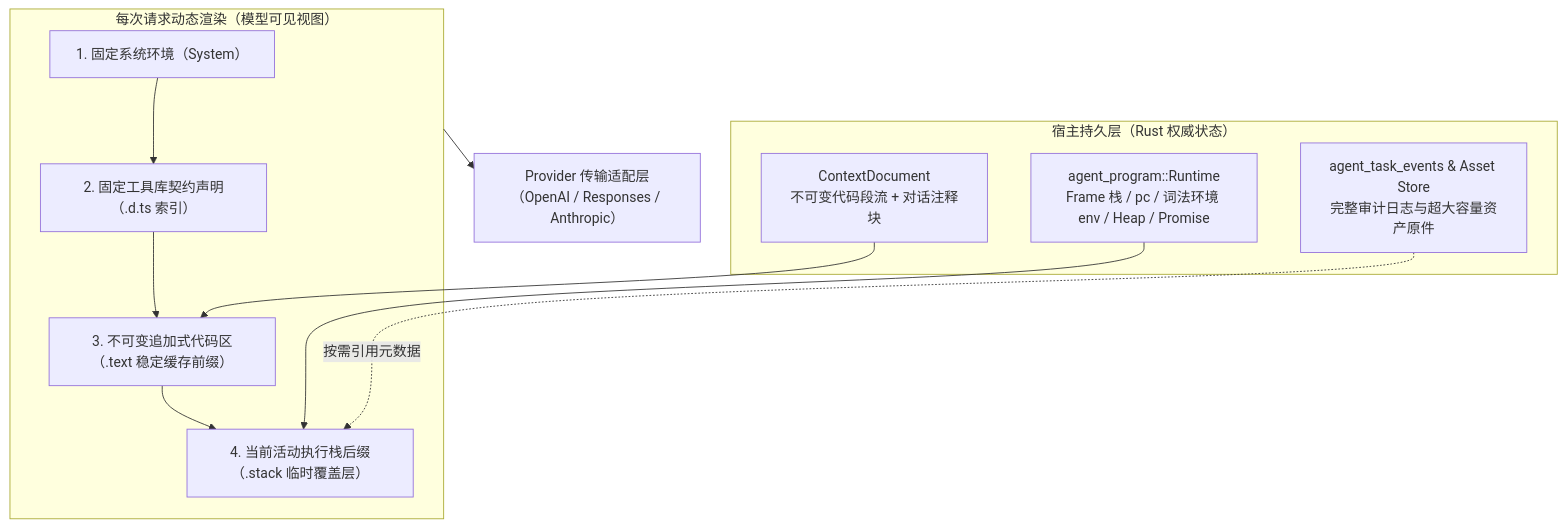
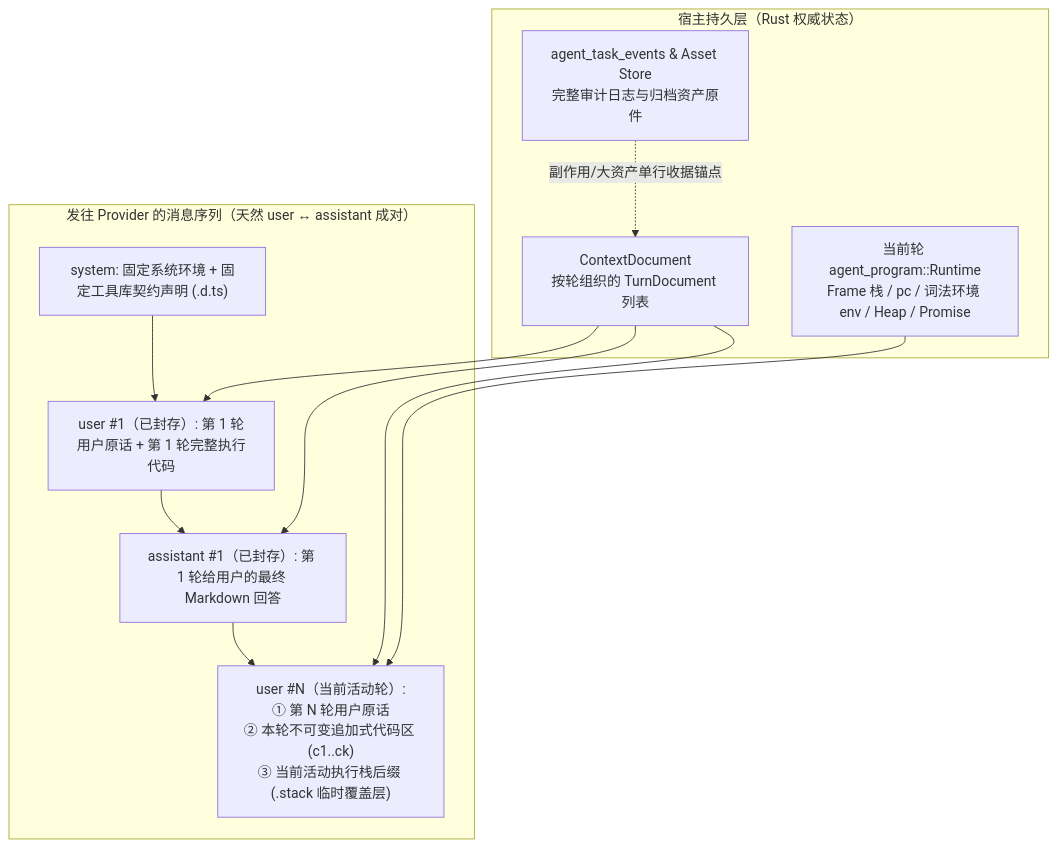
One commit to hahaliangchen/quickAgent changed the diagram in docs/context-as-code-design.md. Above: the diagram before and after it, drawn with Mermaid. The commit also changed other lines of this file, not shown here.

````diff
--- a/docs/context-as-code-design.md
+++ b/docs/context-as-code-design.md
@@ -32,21 +34,22 @@
 ```mermaid
 flowchart TD
     subgraph Host["宿主持久层（Rust 权威状态）"]
-        CD["ContextDocument<br/>不可变代码段流 + 对话注释块"]
-        RT["agent_program::Runtime<br/>Frame 栈 / pc / 词法环境 env / Heap / Promise"]
-        EV["agent_task_events & Asset Store<br/>完整审计日志与超大容量资产原件"]
+        CD["ContextDocument<br/>按轮组织的 TurnDocument 列表"]
+        RT["当前轮 agent_program::Runtime<br/>Frame 栈 / pc / 词法环境 env / Heap / Promise"]
+        EV["agent_task_events & Asset Store<br/>完整审计日志与归档资产原件"]
     end
 
-    subgraph Projection["每次请求动态渲染（模型可见视图）"]
-        S1["1. 固定系统环境（System）"]
-        S2["2. 固定工具库契约声明（.d.ts 索引）"]
-        S3["3. 不可变追加式代码区（.text 稳定缓存前缀）"]
-        S4["4. 当前活动执行栈后缀（.stack 临时覆盖层）"]
-        S1 --> S2 --> S3 --> S4
+    subgraph Wire["发往 Provider 的消息序列（天然 user ↔ assistant 成对）"]
+        SYS["system: 固定系统环境 + 固定工具库契约声明 (.d.ts)"]
+        T1U["user #1（已封存）: 第 1 轮用户原话 + 第 1 轮完整执行代码"]
+        T1A["assistant #1（已封存）: 第 1 轮给用户的最终 Markdown 回答"]
+        TNU["user #N（当前活动轮）:<br/>① 第 N 轮用户原话<br/>② 本轮不可变追加式代码区 (c1..ck)<br/>③ 当前活动执行栈后缀 (.stack 临时覆盖层)"]
+        SYS --> T1U --> T1A --> TNU
     end
 
-    CD --> S3
-    RT --> S4
-    EV -.按需引用元数据.-> S4
-    Projection --> Wire["Provider 传输适配层（OpenAI / Responses / Anthropic）"]
+    CD --> T1U
+    CD --> T1A
+    CD --> TNU
+    RT --> TNU
+    EV -.副作用/大资产单行收据锚点.-> CD
 ```
````
